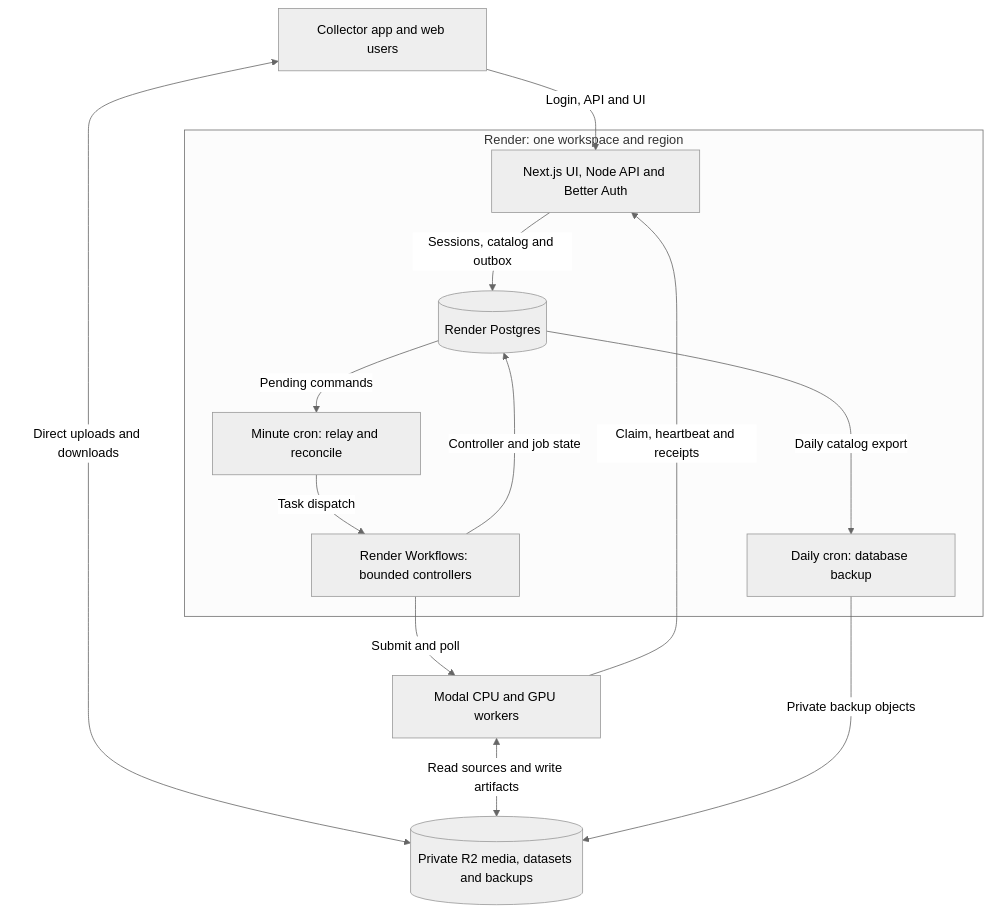
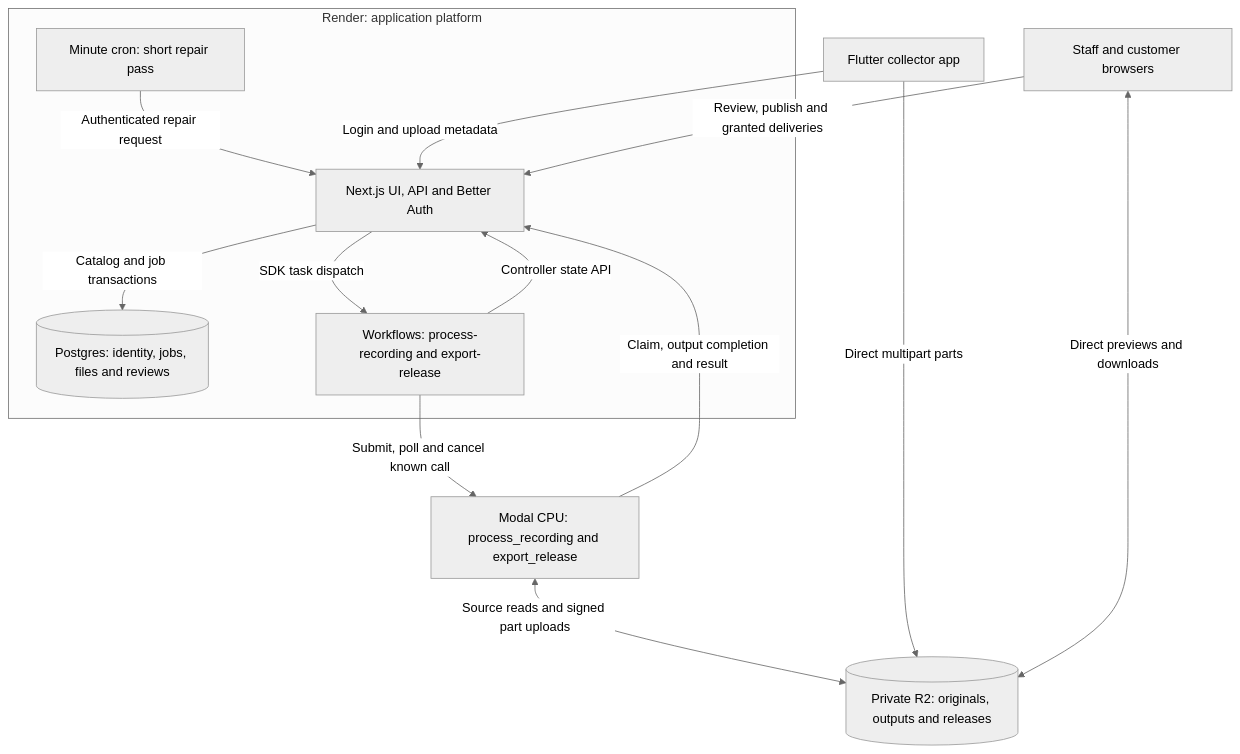
One commit to StateAction-ai/stateaction changed the diagram in docs/figures/render-platform.md. Above: the diagram before and after it, drawn with Mermaid (neutral theme). The commit also changed other lines of this file and 38 other files, not shown here.

Commit message:
docs: simplify MVP with local Render workflows and UI mocks

````diff
--- a/docs/figures/render-platform.md
+++ b/docs/figures/render-platform.md
@@ -7,24 +5,24 @@
 ```mermaid
 flowchart TD
-    clients["Collector app and web users"]
-    subgraph render["Render: one workspace and region"]
-        web["Next.js UI, Node API and Better Auth"]
-        db[("Render Postgres")]
-        relay["Minute cron: relay and reconcile"]
-        tasks["Render Workflows: bounded controllers"]
-        backup["Daily cron: database backup"]
-        web -->|"Sessions, catalog and outbox"| db
-        db -->|"Pending commands"| relay
-        relay -->|"Task dispatch"| tasks
-        tasks -->|"Controller and job state"| db
-        db -->|"Daily catalog export"| backup
+    phone["Flutter collector app"]
+    browser["Staff and customer browsers"]
+    subgraph render["Render: application platform"]
+        web["Next.js UI, API and Better Auth"]
+        db[("Postgres: identity, jobs, files and reviews")]
+        repair["Minute cron: short repair pass"]
+        tasks["Workflows: process-recording and export-release"]
+        web -->|"Catalog and job transactions"| db
+        repair -->|"Authenticated repair request"| web
+        web -->|"SDK task dispatch"| tasks
+        tasks -->|"Controller state API"| web
     end
-    objects[("Private R2 media, datasets and backups")]
-    workers["Modal CPU and GPU workers"]
-    clients -->|"Login, API and UI"| web
-    clients <-->|"Direct uploads and downloads"| objects
-    tasks -->|"Submit and poll"| workers
-    workers -->|"Claim, heartbeat and receipts"| web
-    workers <-->|"Read sources and write artifacts"| objects
-    backup -->|"Private backup objects"| objects
+    objects[("Private R2: originals, outputs and releases")]
+    workers["Modal CPU: process_recording and export_release"]
+    phone -->|"Login and upload metadata"| web
+    browser -->|"Review, publish and granted deliveries"| web
+    phone -->|"Direct multipart parts"| objects
+    browser <-->|"Direct previews and downloads"| objects
+    tasks -->|"Submit, poll and cancel known call"| workers
+    workers -->|"Claim, output completion and result"| web
+    workers <-->|"Source reads and signed part uploads"| objects
 ```
````
